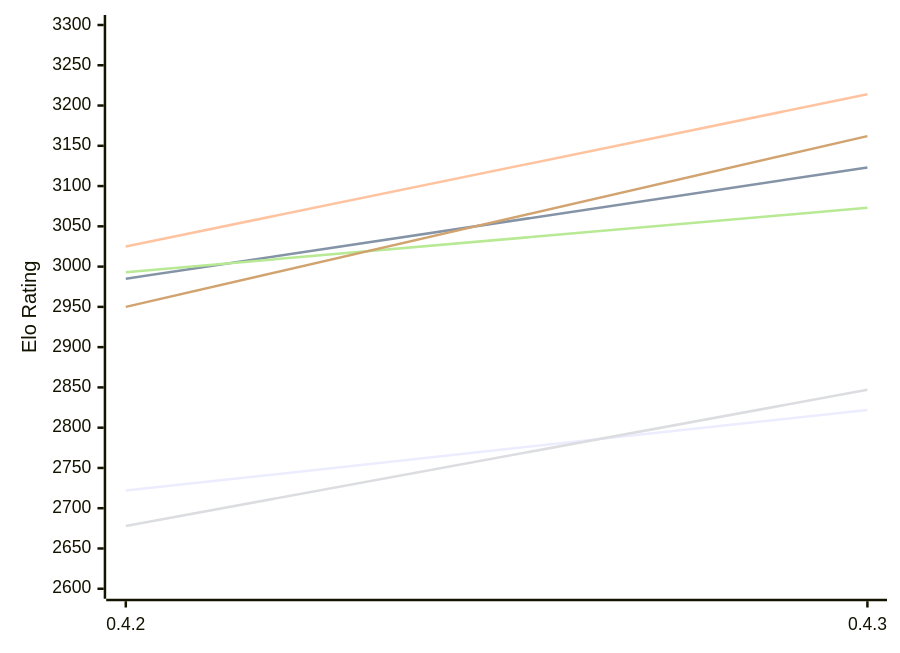
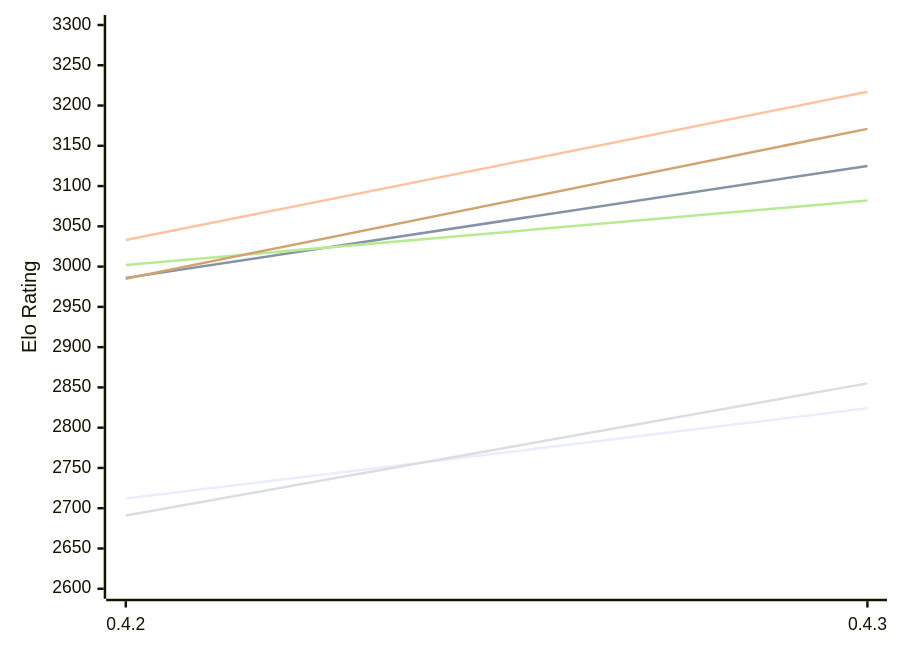
The first of 2 diagrams in engines/Dual.md (computer-chess-index/cci), drawn with Mermaid before and after one commit. The commit also changed other lines of this file, not shown here.

Commit message:
Update CCI Ratings (ELO VLTC) - 2026-11-25

````diff
--- a/engines/Dual.md
+++ b/engines/Dual.md
@@ -56,12 +56,12 @@
 ```mermaid
 %%{init: {"theme":"base","themeVariables":{"seriesColors:['#a3a3a3','#222221','#faa371']}}}%%
 xychart-beta
   x-axis ["0.4.2", "0.4.3"]
   y-axis "Elo Rating" 2600 --> 3300
-  line "E1: STC (8.0+0.08s)" [2722, 2822]
-  line "E1: LTC (60.0+0.60s)" [2985, 3123]
-  line "E1: VLTC (2m24s+1.12s)" [3025, 3214]
-  line "P1: STC (8.0+0.08s)" [2678, 2847]
-  line "P1: LTC (60.0+0.60s)" [2993, 3073]
-  line "P1: VLTC (2m24s+1.12s)" [2950, 3162]
+  line "E1: STC (8.0+0.08s)" [2712, 2824]
+  line "E1: LTC (60.0+0.60s)" [2986, 3125]
+  line "E1: VLTC (2m24s+1.12s)" [3033, 3217]
+  line "P1: STC (8.0+0.08s)" [2691, 2855]
+  line "P1: LTC (60.0+0.60s)" [3002, 3082]
+  line "P1: VLTC (2m24s+1.12s)" [2985, 3171]
 ```
````
